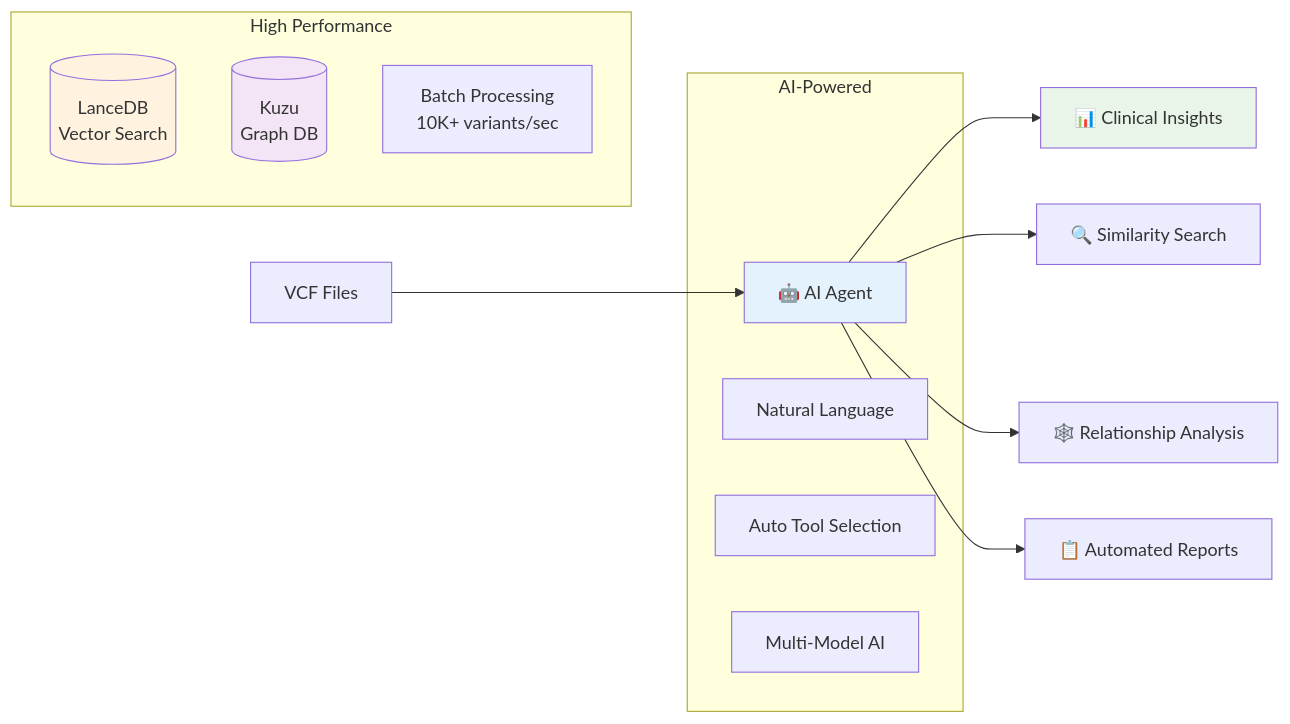
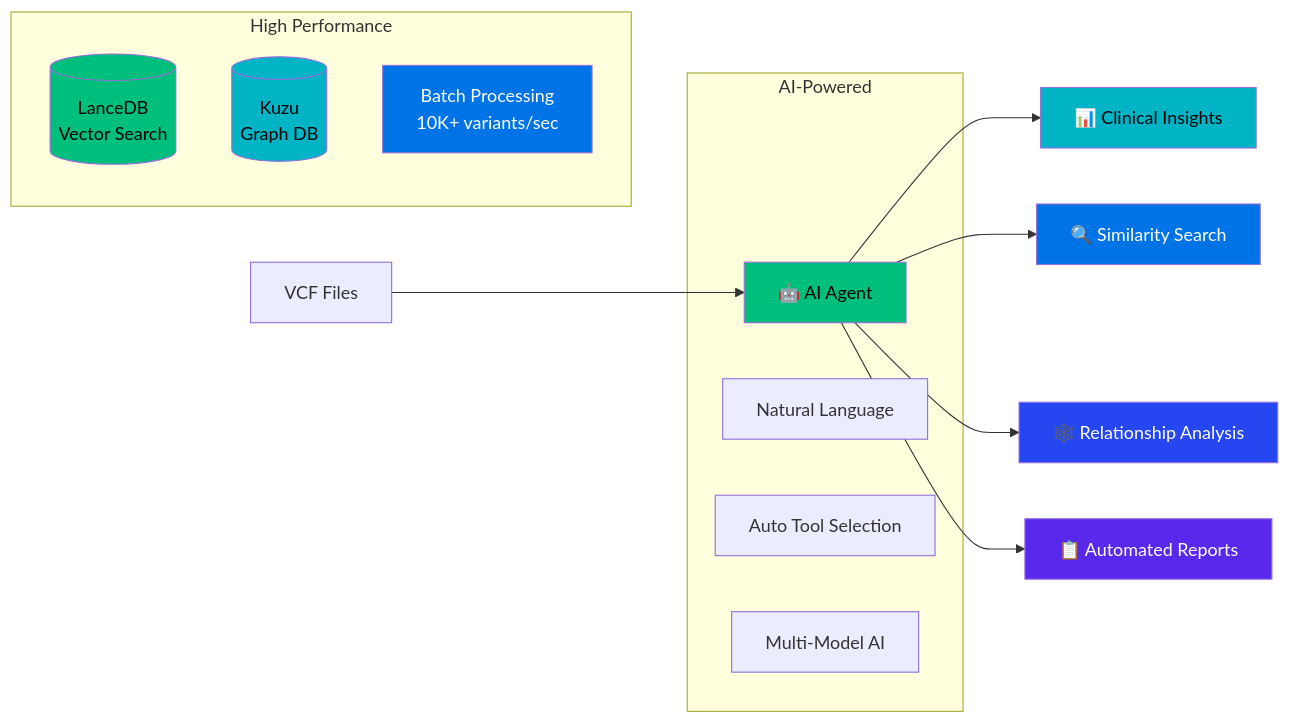
The first of 13 diagrams in README.md (elementalcollision/vcf_analysis), drawn with Mermaid before and after one commit. The commit also changed other lines of this file and 1 other file, not shown here.

````diff
--- a/README.md
+++ b/README.md
@@ -39,26 +39,30 @@
 ```mermaid
 flowchart LR
     VCF[VCF Files] --> AGENT[🤖 AI Agent]
     AGENT --> INSIGHTS[📊 Clinical Insights]
     AGENT --> SEARCH[🔍 Similarity Search]
     AGENT --> GRAPH[🕸️ Relationship Analysis]
     AGENT --> REPORTS[📋 Automated Reports]
     
     subgraph "AI-Powered"
         AGENT
         NLP[Natural Language]
         AUTO[Auto Tool Selection]
         MULTI[Multi-Model AI]
     end
     
     subgraph "High Performance"
         LANCE[(LanceDB<br/>Vector Search)]
         KUZU[(Kuzu<br/>Graph DB)]
         BATCH[Batch Processing<br/>10K+ variants/sec]
     end
     
-    style AGENT fill:#e3f2fd
-    style INSIGHTS fill:#e8f5e8
-    style LANCE fill:#fff3e0
-    style KUZU fill:#f3e5f5
+    style AGENT fill:#00bf7d,color:#000000
+    style INSIGHTS fill:#00b4c5,color:#000000
+    style SEARCH fill:#0073e6,color:#ffffff
+    style GRAPH fill:#2546f0,color:#ffffff
+    style REPORTS fill:#5928ed,color:#ffffff
+    style LANCE fill:#00bf7d,color:#000000
+    style KUZU fill:#00b4c5,color:#000000
+    style BATCH fill:#0073e6,color:#ffffff
 ```
````
